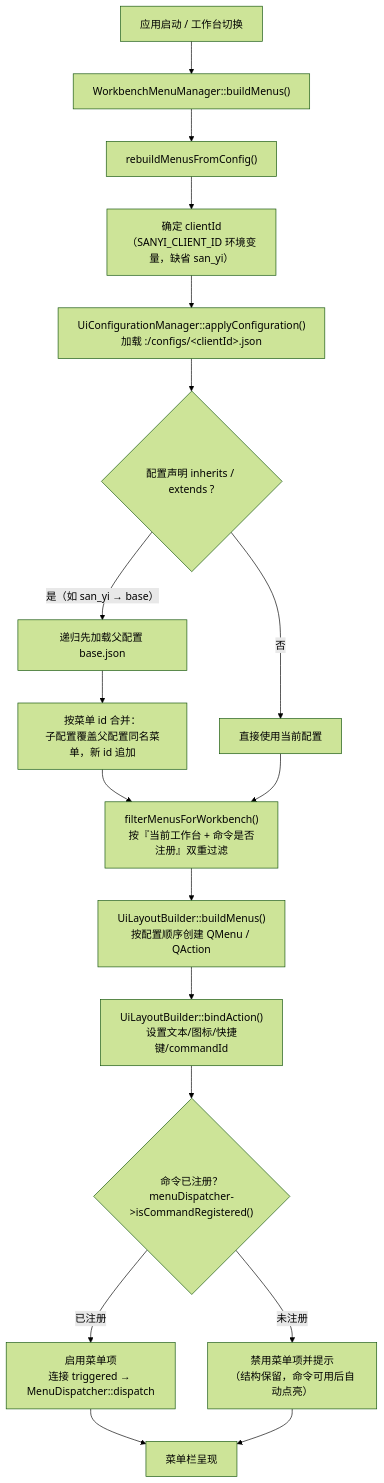
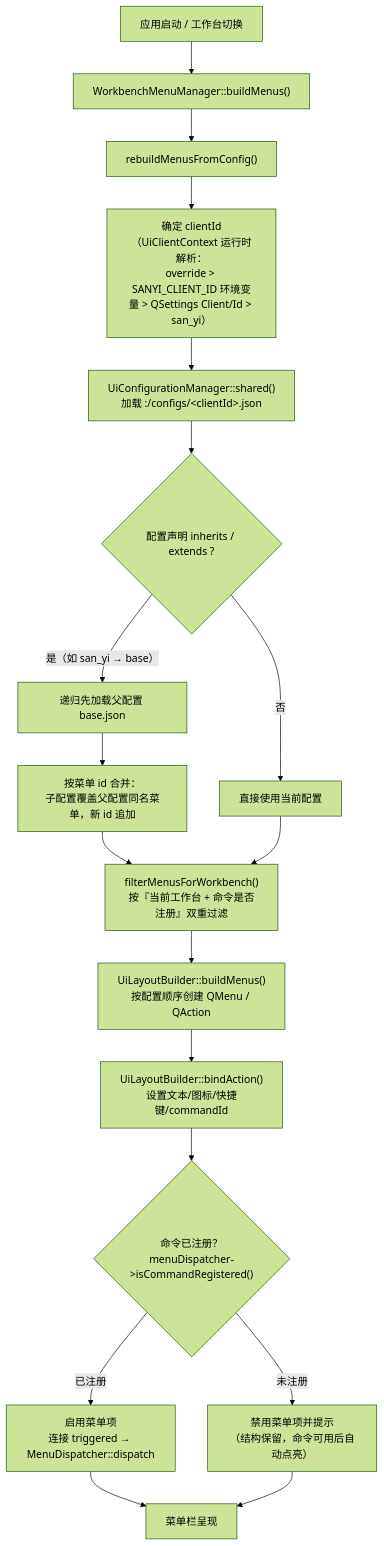
The first of 2 diagrams in Docs/01-当前架构/菜单架构.md (yulinxx/CAD), drawn with Mermaid (forest theme) before and after one commit. The commit also changed other lines of this file and 12 other files, not shown here.

````diff
--- a/Docs/01-当前架构/菜单架构.md
+++ b/Docs/01-当前架构/菜单架构.md
@@ -740,20 +793,20 @@
 ```mermaid
 flowchart TD
     Start["应用启动 / 工作台切换"] --> Build["WorkbenchMenuManager::buildMenus()"]
     Build --> Rebuild["rebuildMenusFromConfig()"]
-    Rebuild --> Resolve["确定 clientId<br/>（SANYI_CLIENT_ID 环境变量，缺省 san_yi）"]
-    Resolve --> Apply["UiConfigurationManager::applyConfiguration()<br/>加载 :/configs/&lt;clientId&gt;.json"]
+    Rebuild --> Resolve["确定 clientId<br/>（UiClientContext 运行时解析：<br/>override &gt; SANYI_CLIENT_ID 环境变量 &gt; QSettings Client/Id &gt; san_yi）"]
+    Resolve --> Apply["UiConfigurationManager::shared()<br/>加载 :/configs/&lt;clientId&gt;.json"]
     Apply --> Inherit{"配置声明 inherits / extends ?"}
     Inherit -- "是（如 san_yi → base）" --> Parent["递归先加载父配置 base.json"]
     Parent --> Merge["按菜单 id 合并：<br/>子配置覆盖父配置同名菜单，新 id 追加"]
     Inherit -- "否" --> Direct["直接使用当前配置"]
     Merge --> Filter["filterMenusForWorkbench()<br/>按『当前工作台 + 命令是否注册』双重过滤"]
     Direct --> Filter
     Filter --> Layout["UiLayoutBuilder::buildMenus()<br/>按配置顺序创建 QMenu / QAction"]
     Layout --> Bind["UiLayoutBuilder::bindAction()<br/>设置文本/图标/快捷键/commandId"]
     Bind --> Check{"命令已注册？<br/>menuDispatcher->isCommandRegistered()"}
     Check -- "已注册" --> Enable["启用菜单项<br/>连接 triggered → MenuDispatcher::dispatch"]
     Check -- "未注册" --> Disable["禁用菜单项并提示<br/>（结构保留，命令可用后自动点亮）"]
     Enable --> Done["菜单栏呈现"]
     Disable --> Done
 ```
````
